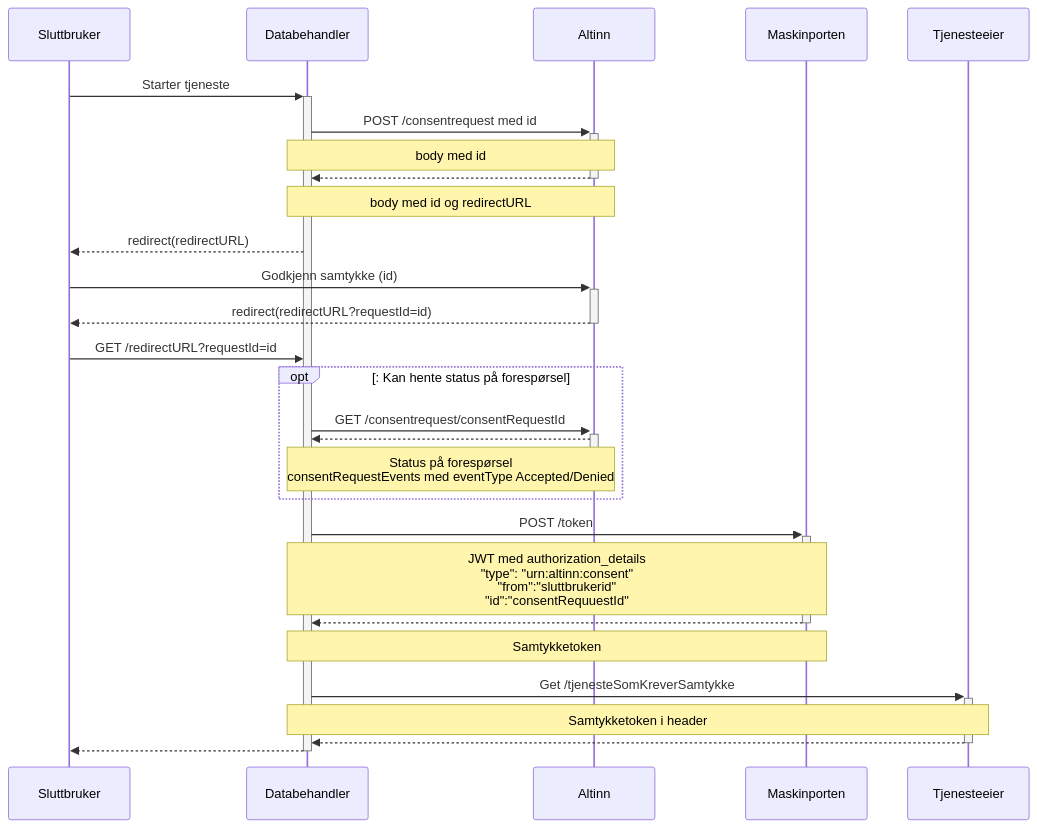
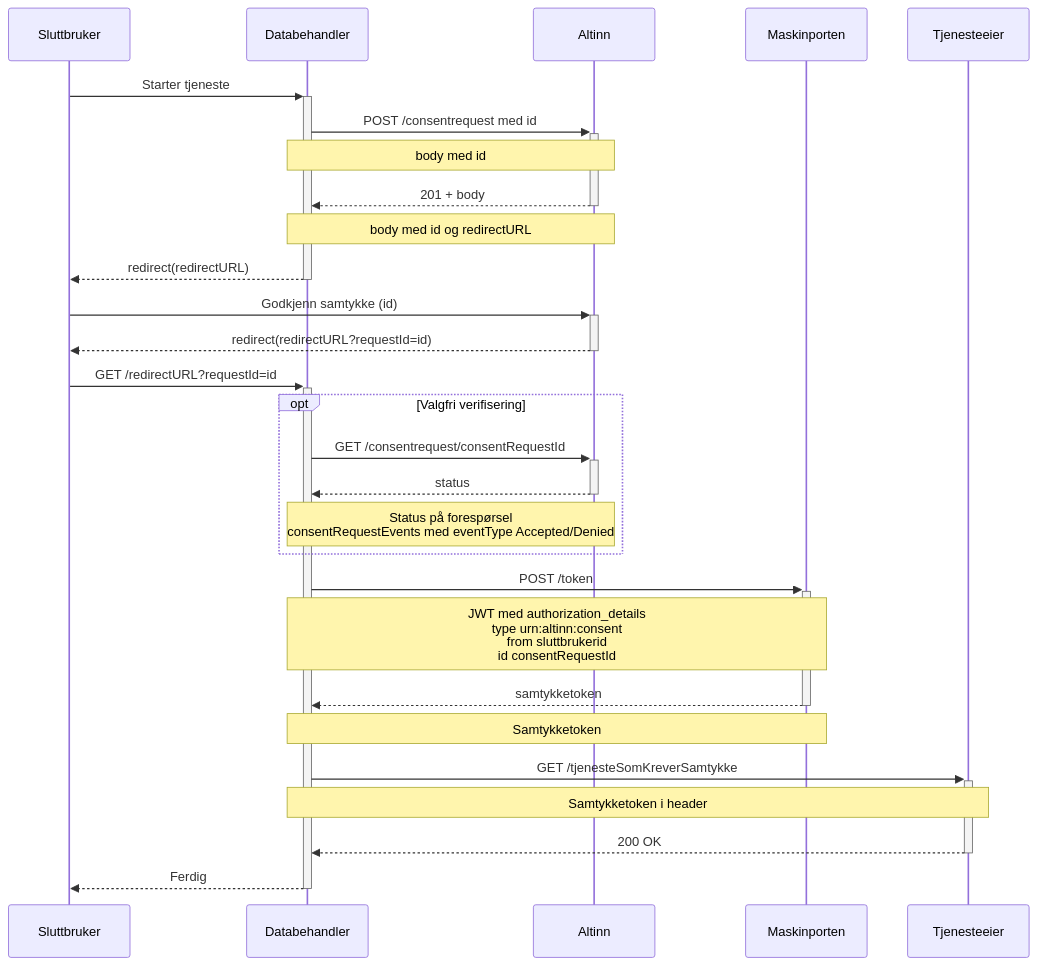
Before and after one commit to Altinn/altinn-studio-docs: the diagram in content/authorization/guides/system-vendor/consent/_index.nb.md, drawn with Mermaid. The commit also changed 1 other file, not shown here.

Commit message:
Ekorra patch 1 (#2651)
* Refactor consent flow sequence diagram

Updated sequence diagram to include participants and improved flow representation.

* Refactor consent flow diagram in documentation

Updated Mermaid diagram formatting and flow details for consent process.

* Fix mermaid syntax in consent guide

* Add flow diagram section to consent guide

* Update content/authorization/guides/system-vendor/consent/_index.en.md

* Update content/authorization/guides/system-vendor/consent/_index.nb.md

---------

```diff
--- a/content/authorization/guides/system-vendor/consent/_index.nb.md
+++ b/content/authorization/guides/system-vendor/consent/_index.nb.md
@@ -21,25 +21,31 @@
-{{<mermaid>}}
+{{< mermaid >}}
 sequenceDiagram
-    Sluttbruker->>+Databehandler: Starter tjeneste
-    Databehandler->>+Altinn: POST /consentrequest med id
-    Note over Databehandler,Altinn: body med id
-    Altinn-->>-Databehandler: 
-    Note over Altinn, Databehandler: body med id og redirectURL
-    Databehandler-->>Sluttbruker: redirect(redirectURL)
-    Sluttbruker->>+Altinn: Godkjenn samtykke (id)
-    Altinn -->>- Sluttbruker: redirect(redirectURL?requestId=id)
-    Sluttbruker->>Databehandler: GET /redirectURL?requestId=id
-    opt: Kan hente status på forespørsel
-    Databehandler->>+Altinn: GET /consentrequest/consentRequestId
-    Altinn-->>-Databehandler: 
-    Note over Altinn, Databehandler: Status på forespørsel <br/> consentRequestEvents med eventType Accepted/Denied
-    end
-    Databehandler->>+Maskinporten: POST /token
-    Note over Databehandler, Maskinporten: JWT med authorization_details <br/> "type": "urn:altinn:consent" <br/> "from":"sluttbrukerid"<br/> "id":"consentRequuestId"
-    Maskinporten-->>-Databehandler: 
-    Note over Maskinporten,Databehandler: Samtykketoken
-    Databehandler->>+Tjenesteeier: Get /tjenesteSomKreverSamtykke
-    Note over Databehandler, Tjenesteeier: Samtykketoken i header
-    Tjenesteeier -->>- Databehandler:
-    Databehandler-->>-Sluttbruker:
+participant Sluttbruker
+participant Databehandler
+participant Altinn
+participant Maskinporten
+participant Tjenesteeier
+
+Sluttbruker->>+Databehandler: Starter tjeneste
+Databehandler->>+Altinn: POST /consentrequest med id
+Note over Databehandler,Altinn: body med id
+Altinn-->>-Databehandler: 201 + body
+Note over Altinn,Databehandler: body med id og redirectURL
+Databehandler-->>-Sluttbruker: redirect(redirectURL)
+Sluttbruker->>+Altinn: Godkjenn samtykke (id)
+Altinn-->>-Sluttbruker: redirect(redirectURL?requestId=id)
+Sluttbruker->>+Databehandler: GET /redirectURL?requestId=id
+opt Valgfri verifisering
+Databehandler->>+Altinn: GET /consentrequest/consentRequestId
+Altinn-->>-Databehandler: status
+Note over Altinn,Databehandler: Status på forespørsel <br/> consentRequestEvents med eventType Accepted/Denied
+end
+Databehandler->>+Maskinporten: POST /token
+Note over Databehandler,Maskinporten: JWT med authorization_details <br/> type urn:altinn:consent <br/> from sluttbrukerid <br/> id consentRequestId
+Maskinporten-->>-Databehandler: samtykketoken
+Note over Maskinporten,Databehandler: Samtykketoken
+Databehandler->>+Tjenesteeier: GET /tjenesteSomKreverSamtykke
+Note over Databehandler,Tjenesteeier: Samtykketoken i header
+Tjenesteeier-->>-Databehandler: 200 OK
+Databehandler-->>-Sluttbruker: Ferdig
 {{< /mermaid >}}
```
